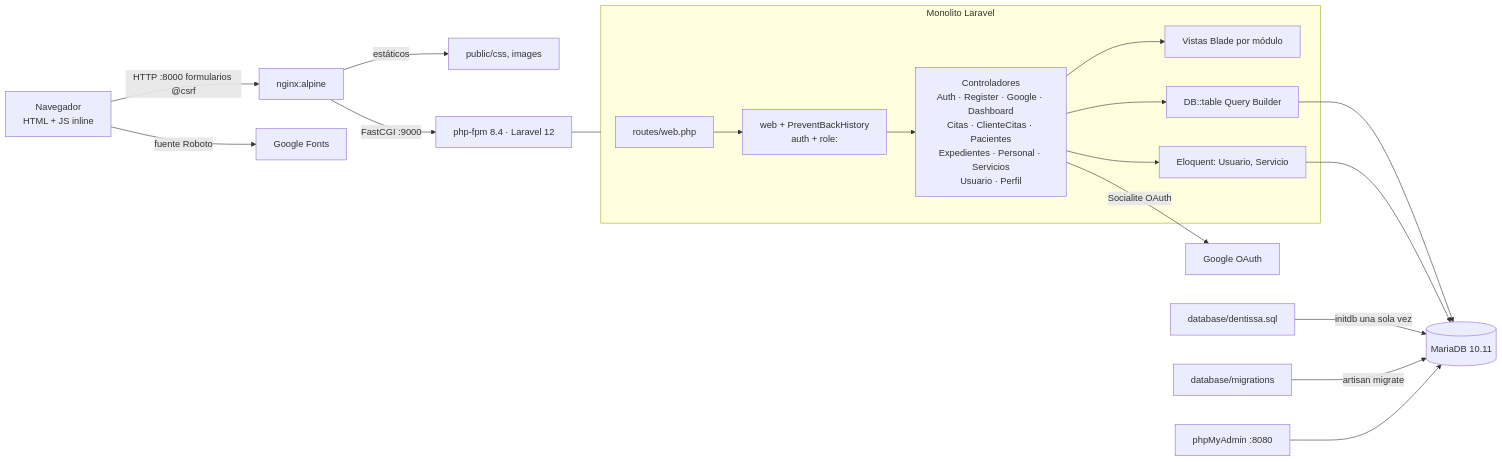
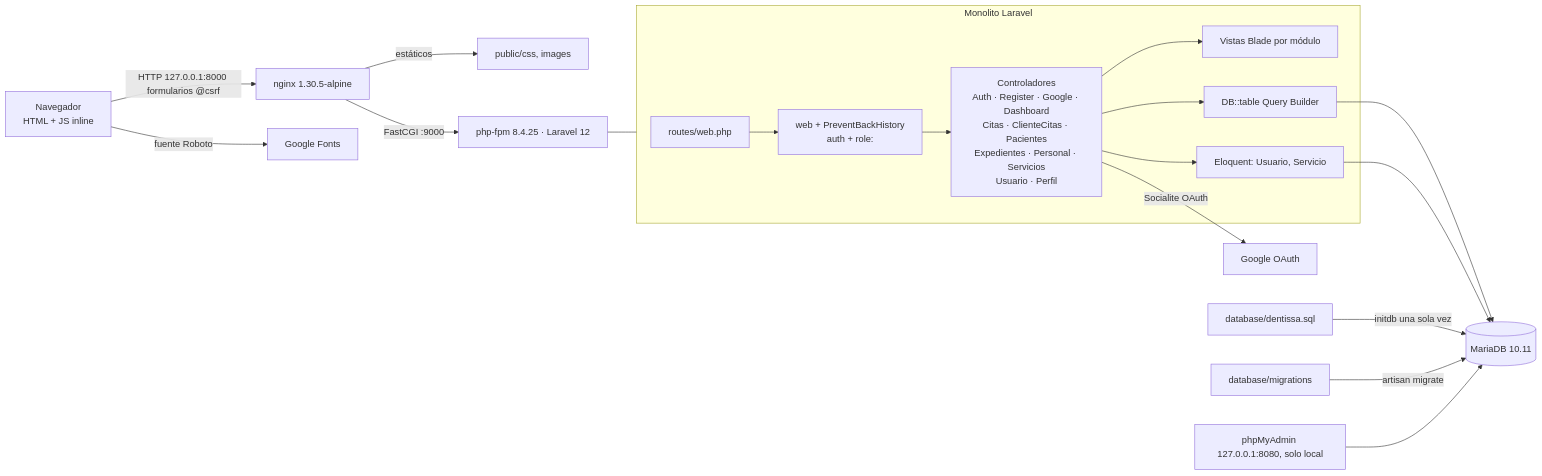
Before and after one commit to gimi34/dentissa: the first of 2 diagrams in docs/architecture.md, drawn with Mermaid. The commit also changed other lines of this file and 2 other files, not shown here.

````diff
--- a/docs/architecture.md
+++ b/docs/architecture.md
@@ -22,21 +22,21 @@
 ```mermaid
 flowchart LR
-  B[Navegador<br/>HTML + JS inline] -->|HTTP :8000 formularios @csrf| NX[nginx:alpine]
+  B[Navegador<br/>HTML + JS inline] -->|HTTP 127.0.0.1:8000 formularios @csrf| NX[nginx 1.30.5-alpine]
   B -->|fuente Roboto| GF[Google Fonts]
   NX -->|estáticos| PUB[public/css, images]
-  NX -->|FastCGI :9000| APP[php-fpm 8.4 · Laravel 12]
+  NX -->|FastCGI :9000| APP[php-fpm 8.4.25 · Laravel 12]
   subgraph APP_INT[Monolito Laravel]
     R[routes/web.php] --> MW[web + PreventBackHistory<br/>auth + role:]
     MW --> C[Controladores<br/>Auth · Register · Google · Dashboard<br/>Citas · ClienteCitas · Pacientes<br/>Expedientes · Personal · Servicios<br/>Usuario · Perfil]
     C --> V[Vistas Blade por módulo]
     C --> QB[DB::table Query Builder]
     C --> M[Eloquent: Usuario, Servicio]
   end
   APP --- APP_INT
   QB --> DB[(MariaDB 10.11)]
   M --> DB
   C -->|Socialite OAuth| G[Google OAuth]
   DUMP[database/dentissa.sql] -->|initdb una sola vez| DB
   MIG[database/migrations] -->|artisan migrate| DB
-  PMA[phpMyAdmin :8080] --> DB
+  PMA[phpMyAdmin 127.0.0.1:8080, solo local] --> DB
 ```
````
